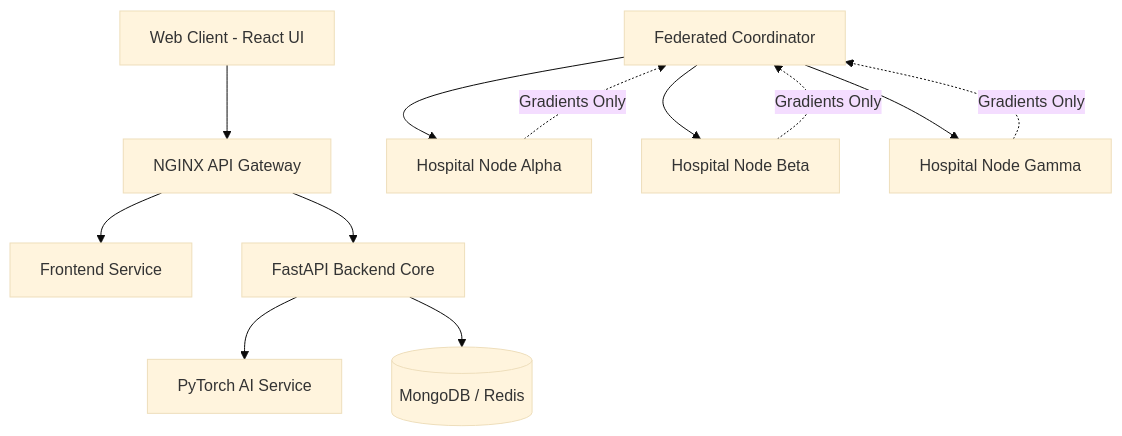
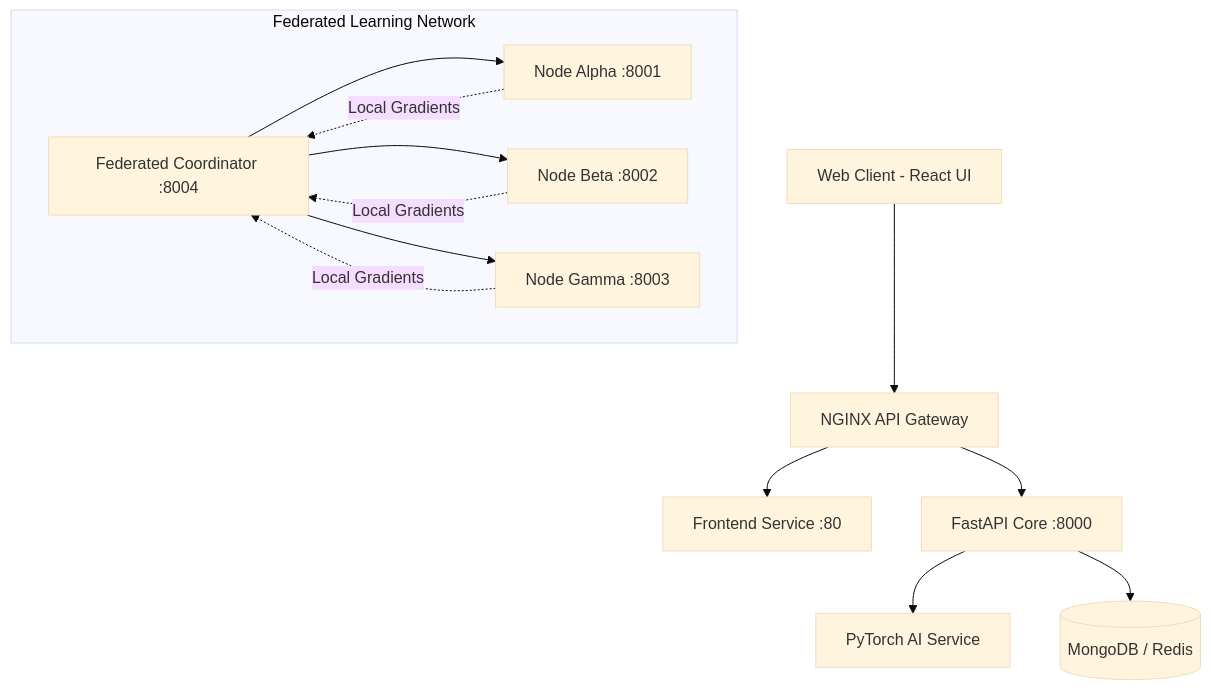
One commit to MBGIRISH/CANCER--AI-DETECTION changed the diagram in README.md. Above: the diagram before and after it, drawn with Mermaid (base theme). The commit also changed other lines of this file, not shown here.

Commit message:
Massively expand README with deep architectural dive

````diff
--- a/README.md
+++ b/README.md
@@ -13,16 +29,18 @@
 ```mermaid
 graph TD
     Client[Web Client - React UI] --> NGINX[NGINX API Gateway]
-    NGINX --> Frontend[Frontend Service]
-    NGINX --> Backend[FastAPI Backend Core]
+    NGINX --> Frontend[Frontend Service :80]
+    NGINX --> Backend[FastAPI Core :8000]
     Backend --> AI_Inference[PyTorch AI Service]
     Backend --> DB[(MongoDB / Redis)]
     
-    Coordinator[Federated Coordinator] --> HospitalA[Hospital Node Alpha]
-    Coordinator --> HospitalB[Hospital Node Beta]
-    Coordinator --> HospitalC[Hospital Node Gamma]
+    subgraph Federated Learning Network
+    Coordinator[Federated Coordinator :8004] --> HospitalA[Node Alpha :8001]
+    Coordinator --> HospitalB[Node Beta :8002]
+    Coordinator --> HospitalC[Node Gamma :8003]
+    end
     
-    HospitalA -. "Gradients Only" .-> Coordinator
-    HospitalB -. "Gradients Only" .-> Coordinator
-    HospitalC -. "Gradients Only" .-> Coordinator
+    HospitalA -. "Local Gradients" .-> Coordinator
+    HospitalB -. "Local Gradients" .-> Coordinator
+    HospitalC -. "Local Gradients" .-> Coordinator
 ```
````
